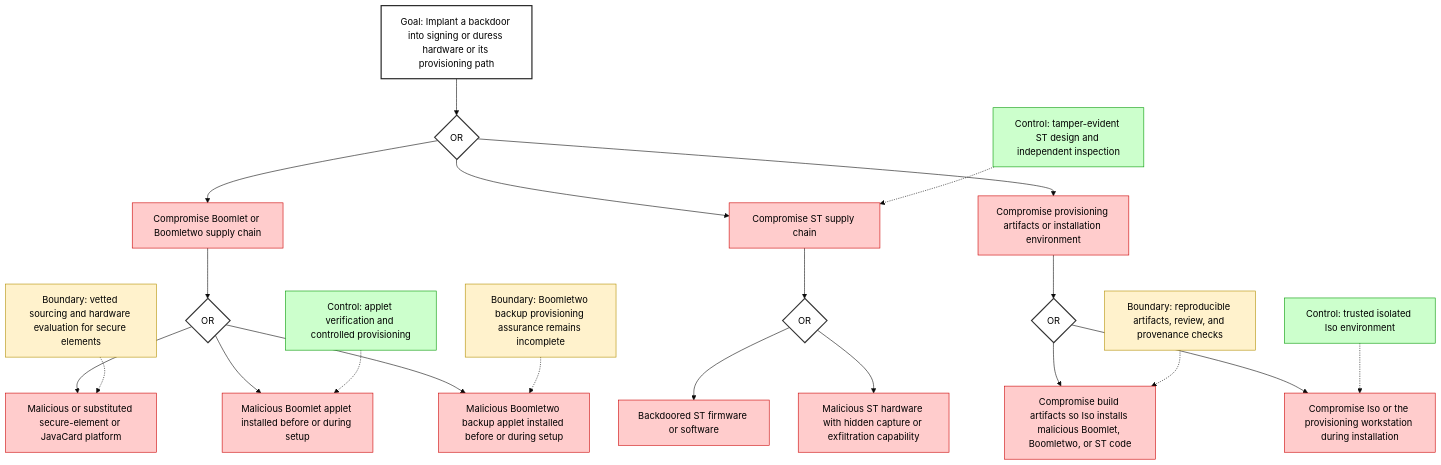
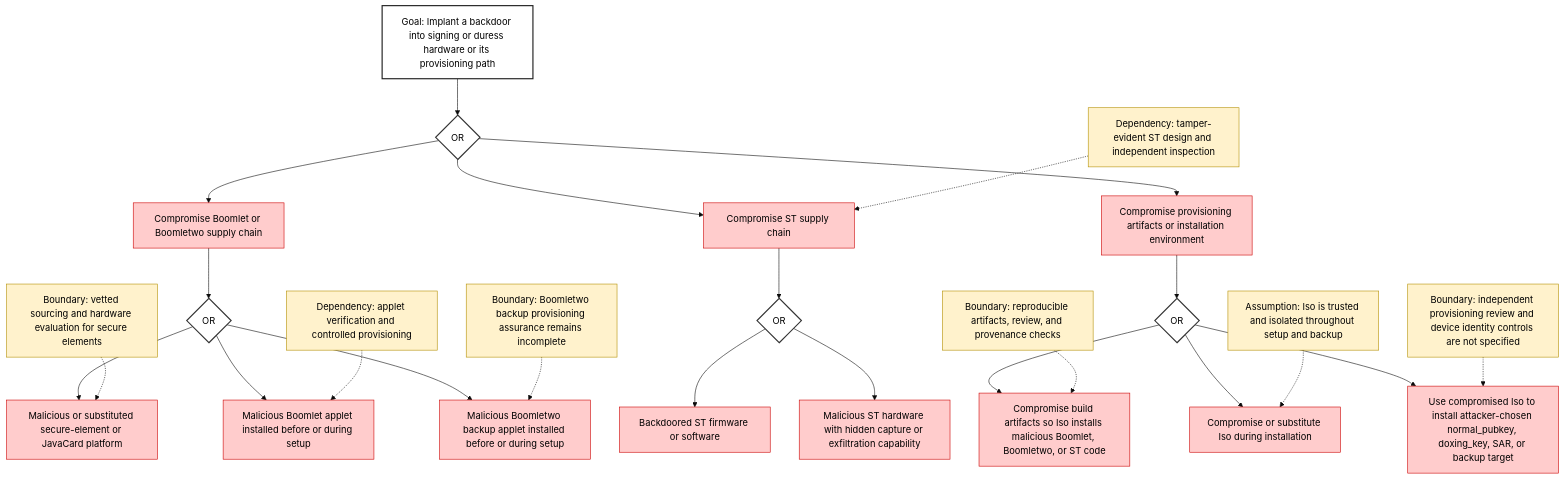
The sixth of 7 diagrams in security_models/attack_trees.md (cogwheel26/boomerang_design), drawn with Mermaid (base theme) before and after one commit. The commit also changed other lines of this file and 7 other files, not shown here.

````diff
--- a/security_models/attack_trees.md
+++ b/security_models/attack_trees.md
@@ -373,54 +317,42 @@
 ```mermaid
 flowchart TD
   A["Goal: Implant a backdoor into signing or duress hardware or its provisioning path"] --> OR0{OR}
 
   OR0 --> B["Compromise Boomlet or Boomletwo supply chain"]
   OR0 --> C["Compromise ST supply chain"]
   OR0 --> D["Compromise provisioning artifacts or installation environment"]
 
-  %% ----------------------------
-  %% Boomlet / Boomletwo compromise
-  %% ----------------------------
   B --> OR1{OR}
   OR1 --> B1["Malicious or substituted secure-element or JavaCard platform"]
   OR1 --> B2["Malicious Boomlet applet installed before or during setup"]
   OR1 --> B3["Malicious Boomletwo backup applet installed before or during setup"]
 
-  %% ----------------------------
-  %% ST compromise
-  %% ----------------------------
   C --> OR2{OR}
   OR2 --> C1["Backdoored ST firmware or software"]
   OR2 --> C2["Malicious ST hardware with hidden capture or exfiltration capability"]
 
-  %% ----------------------------
-  %% Provisioning / installation compromise
-  %% ----------------------------
   D --> OR3{OR}
   OR3 --> D1["Compromise build artifacts so Iso installs malicious Boomlet, Boomletwo, or ST code"]
-  OR3 --> D2["Compromise Iso or the provisioning workstation during installation"]
+  OR3 --> D2["Compromise or substitute Iso during installation"]
+  OR3 --> D3["Use compromised Iso to install attacker-chosen normal_pubkey, doxing_key, SAR, or backup target"]
 
-  %% ----------------------------
-  %% Controls and open items
-  %% ----------------------------
   E1["Boundary: vetted sourcing and hardware evaluation for secure elements"] -.-> B1
-  E2["Control: applet verification and controlled provisioning"] -.-> B2
+  E2["Dependency: applet verification and controlled provisioning"] -.-> B2
   E3["Boundary: Boomletwo backup provisioning assurance remains incomplete"] -.-> B3
-  E4["Control: tamper-evident ST design and independent inspection"] -.-> C
+  E4["Dependency: tamper-evident ST design and independent inspection"] -.-> C
   E5["Boundary: reproducible artifacts, review, and provenance checks"] -.-> D1
-  E6["Control: trusted isolated Iso environment"] -.-> D2
+  E6["Assumption: Iso is trusted and isolated throughout setup and backup"] -.-> D2
+  E7["Boundary: independent provisioning review and device identity controls are not specified"] -.-> D3
 
-  %% Styles
   classDef goal fill:#ffffff,stroke:#222,stroke-width:2px,color:#000;
   classDef attack fill:#ffcccc,stroke:#cc0000,color:#000;
   classDef control fill:#ccffcc,stroke:#009900,color:#000;
   classDef open fill:#fff2cc,stroke:#b38f00,color:#000;
   classDef gate fill:#ffffff,stroke:#333,stroke-width:2px,color:#000;
 
   class A goal;
-  class B,C,D,B1,B2,B3,C1,C2,D1,D2 attack;
-  class E2,E4,E6 control;
-  class E1,E3,E5 open;
+  class B,C,D,B1,B2,B3,C1,C2,D1,D2,D3 attack;
+  class E1,E2,E3,E4,E5,E6,E7 open;
   class OR0,OR1,OR2,OR3 gate;
 
 ```
````
